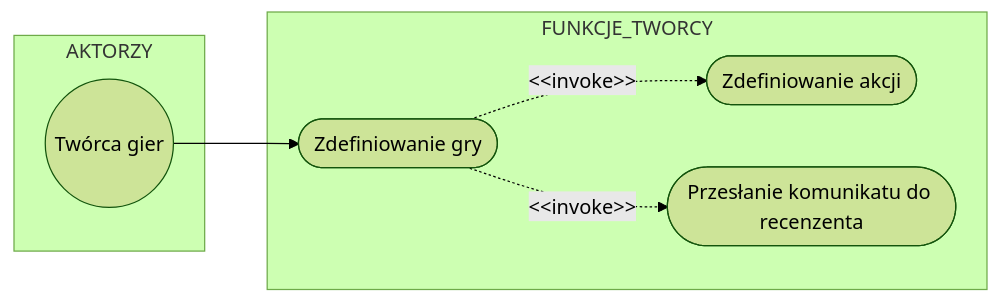
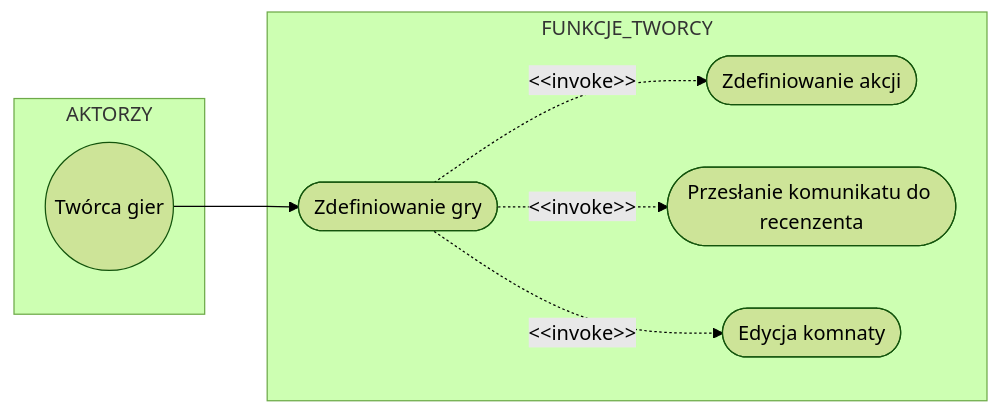
One commit to cojarobietu9/project_iwo changed diagram 11 of 11 in README.md. Above: the diagram before and after it, drawn with Mermaid (forest theme). The commit also changed other lines of this file, not shown here.

````diff
--- a/README.md
+++ b/README.md
@@ -1512,20 +1509,22 @@
 ```mermaid
 flowchart LR
 
 %% ===== AKTORZY =====
 subgraph AKTORZY
 TG((Twórca gier))
 end
 
 %% ===== FUNKCJE TWORCY =====
 subgraph FUNKCJE_TWORCY
 GDF([Zdefiniowanie gry])
 ADF([Zdefiniowanie akcji])
 SCR([Przesłanie komunikatu do recenzenta])
+KED([Edycja komnaty])
 end
 
 %% ===== RELACJE =====
 TG --> GDF
 GDF -. "&lt;&lt;invoke&gt;&gt;" .-> ADF
 GDF -. "&lt;&lt;invoke&gt;&gt;" .-> SCR
+GDF -. "&lt;&lt;invoke&gt;&gt;" .-> KED 
 ```
````
